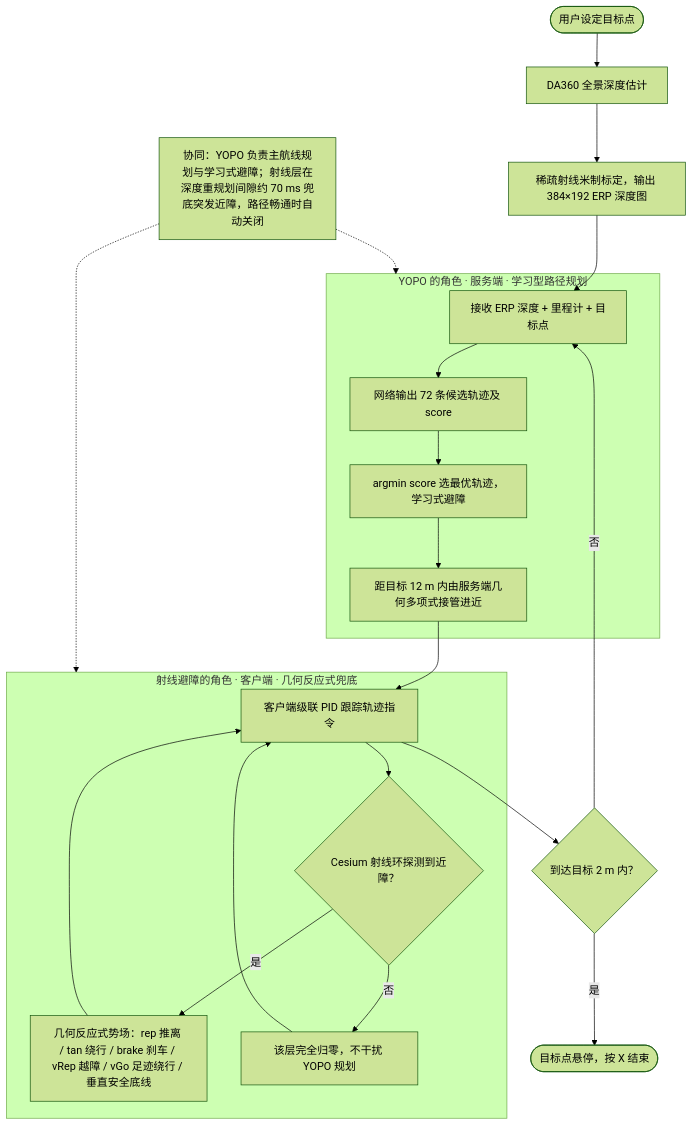
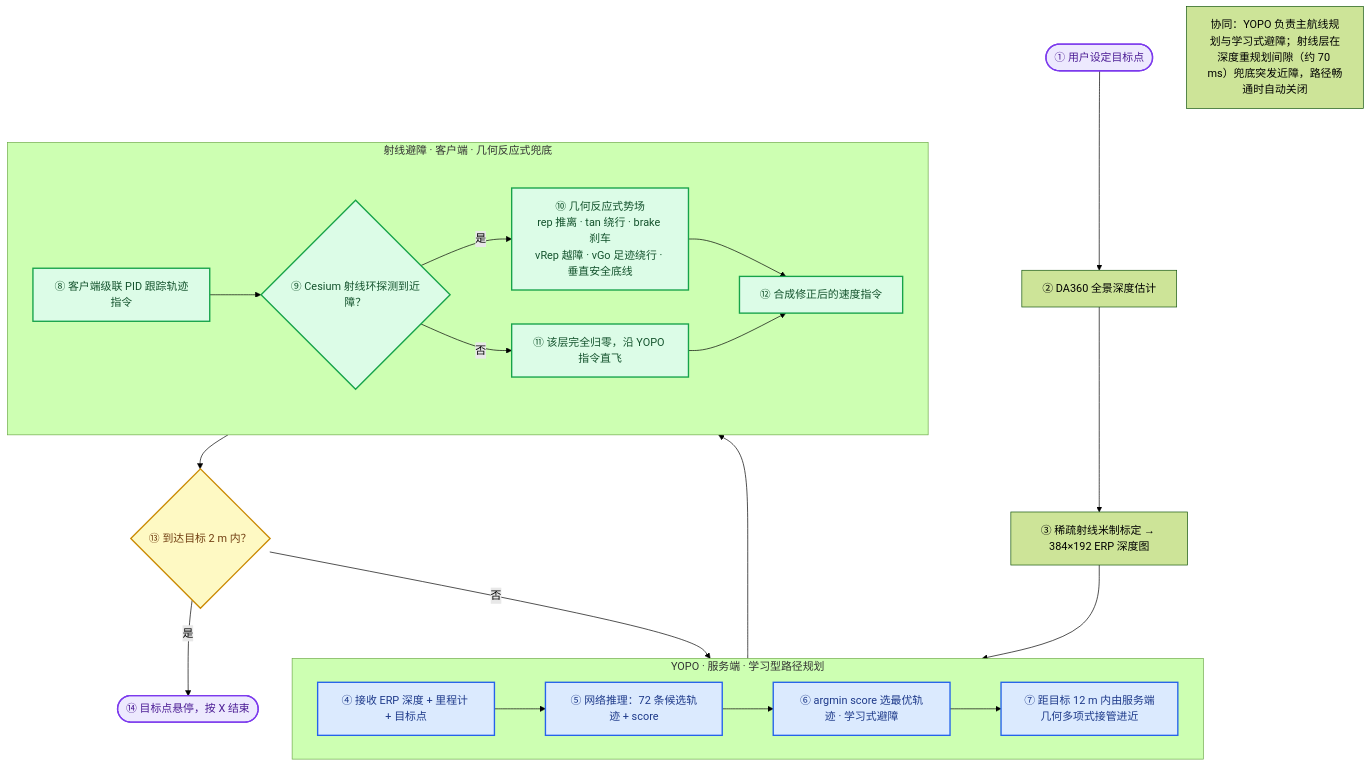
One commit to wuuwuu26/MindCloud_World_Fly_Private changed the diagram in README.md. Above: the diagram before and after it, drawn with Mermaid (forest theme). The commit also changed 1 other file, not shown here.

Commit message:
docs: 重画导航流程图，去除内部回环与虚线交叉，配色区分子系统并编号步骤（中英文）

````diff
--- a/README.md
+++ b/README.md
@@ -69,31 +69,40 @@
 ```mermaid
 flowchart TD
-    Start([用户设定目标点]) --> Depth[DA360 全景深度估计]
-    Depth --> Calib[稀疏射线米制标定，输出 384×192 ERP 深度图]
+    classDef yopo fill:#dbeafe,stroke:#2563eb,stroke-width:2px,color:#1e3a8a;
+    classDef ray fill:#dcfce7,stroke:#16a34a,stroke-width:2px,color:#14532d;
+    classDef dec fill:#fef9c3,stroke:#ca8a04,stroke-width:2px,color:#713f12;
+    classDef term fill:#ede9fe,stroke:#7c3aed,stroke-width:2px,color:#4c1d95;
+
+    Start([① 用户设定目标点]) --> Depth[② DA360 全景深度估计]
+    Depth --> Calib[③ 稀疏射线米制标定 → 384×192 ERP 深度图]
     Calib --> YIN
 
-    subgraph YOPO["YOPO 的角色 · 服务端 · 学习型路径规划"]
-        YIN[接收 ERP 深度 + 里程计 + 目标点]
-        YIN --> Cands[网络输出 72 条候选轨迹及 score]
-        Cands --> Argmin[argmin score 选最优轨迹，学习式避障]
-        Argmin --> Final[距目标 12 m 内由服务端几何多项式接管进近]
+    subgraph YOPO["YOPO · 服务端 · 学习型路径规划"]
+        direction LR
+        YIN[④ 接收 ERP 深度 + 里程计 + 目标点]
+        YIN --> Cands[⑤ 网络推理：72 条候选轨迹 + score]
+        Cands --> Argmin[⑥ argmin score 选最优轨迹 · 学习式避障]
+        Argmin --> Final[⑦ 距目标 12 m 内由服务端几何多项式接管进近]
     end
+    class YIN,Cands,Argmin,Final yopo;
 
-    Final --> Exec[客户端级联 PID 跟踪轨迹指令]
+    Final --> Exec[⑧ 客户端级联 PID 跟踪轨迹指令]
 
-    subgraph RAY["射线避障的角色 · 客户端 · 几何反应式兜底"]
-        Exec --> Probe{"Cesium 射线环探测到近障？"}
-        Probe -->|是| Field[几何反应式势场：rep 推离 / tan 绕行 / brake 刹车 / vRep 越障 / vGo 足迹绕行 / 垂直安全底线]
-        Probe -->|否| Zero[该层完全归零，不干扰 YOPO 规划]
-        Field --> Exec
-        Zero --> Exec
+    subgraph RAY["射线避障 · 客户端 · 几何反应式兜底"]
+        direction LR
+        Exec --> Probe{"⑨ Cesium 射线环探测到近障？"}
+        Probe -->|是| Field["⑩ 几何反应式势场<br/>rep 推离 · tan 绕行 · brake 刹车<br/>vRep 越障 · vGo 足迹绕行 · 垂直安全底线"]
+        Probe -->|否| Straight["⑪ 该层完全归零，沿 YOPO 指令直飞"]
+        Field --> Resume[⑫ 合成修正后的速度指令]
+        Straight --> Resume
     end
+    class Exec,Probe,Field,Straight,Resume ray;
 
-    Exec --> Arrive{"到达目标 2 m 内？"}
+    Resume --> Arrive{"⑬ 到达目标 2 m 内？"}
     Arrive -->|否| YIN
-    Arrive -->|是| End([目标点悬停，按 X 结束])
+    Arrive -->|是| End([⑭ 目标点悬停，按 X 结束])
+    class Arrive dec;
+    class Start,End term;
 
-    Note["协同：YOPO 负责主航线规划与学习式避障；射线层在深度重规划间隙约 70 ms 兜底突发近障，路径畅通时自动关闭"]
-    Note -.-> YOPO
-    Note -.-> RAY
+    Note["协同：YOPO 负责主航线规划与学习式避障；射线层在深度重规划间隙（约 70 ms）兜底突发近障，路径畅通时自动关闭"]
 ```
````
